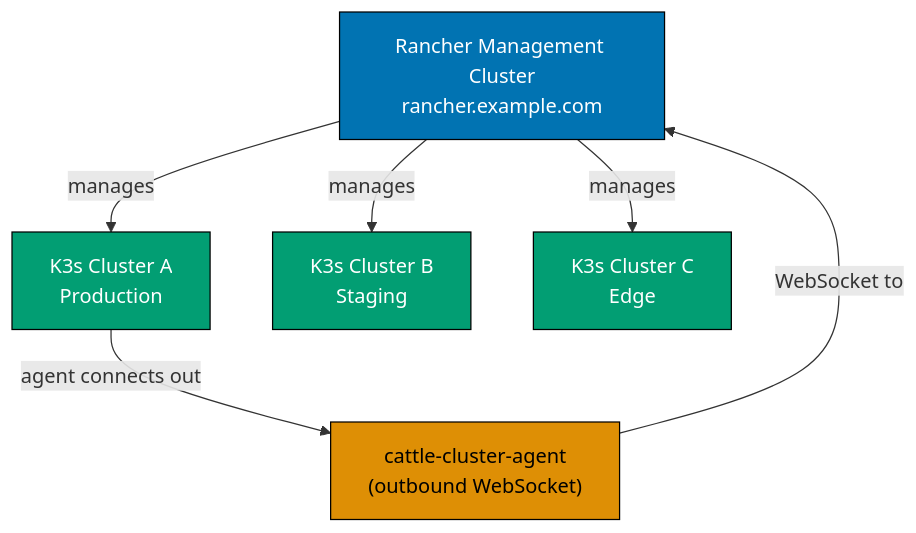
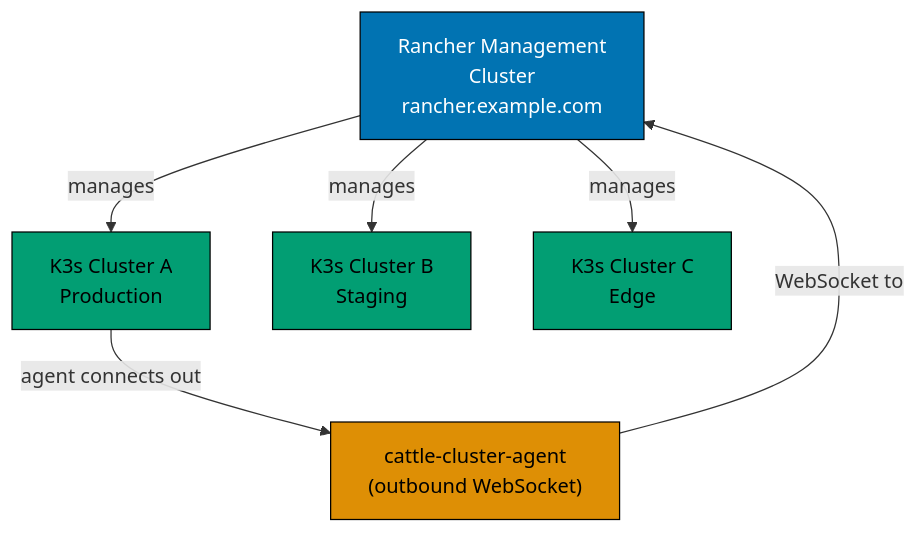
The second of 12 diagrams in apps/ayokoding-www/content/en/learn/legacy/software-engineering/infrastructure/tools/k3s/by-example/advanced.md (wahidyankf/ose-public), drawn with Mermaid before and after one commit. The commit also changed other lines of this file and 131 other files, not shown here.

First line of the commit message:
fix(mermaid): bring the legacy data, infrastructure, and testing diagrams onto the accessible palette

````diff
--- a/apps/ayokoding-www/content/en/learn/legacy/software-engineering/infrastructure/tools/k3s/by-example/advanced.md
+++ b/apps/ayokoding-www/content/en/learn/legacy/software-engineering/infrastructure/tools/k3s/by-example/advanced.md
@@ -392,21 +400,27 @@
 ```mermaid
 %% Color Palette: Blue #0173B2, Orange #DE8F05, Teal #029E73, Purple #CC78BC, Brown #CA9161
 graph TD
-    RANCHER["Rancher Management Cluster<br/>rancher.example.com"]
+    accTitle: Example 62: Multi-Cluster Management with Rancher v2.14.2
+    accDescr: Graph with 5 nodes and 5 connections. Nodes: Rancher Management Cluster rancher.example.com, K3s Cluster A Production, K3s Cluster B Staging, K3s Cluster C Edge, cattle-cluster-agent (outbound WebSocket). Connections: Rancher Management Cluster rancher.example.com to K3s Cluster A Production (manages), Rancher Management Cluster rancher.example.com to K3s Cluster B Staging (manages), Rancher Management Cluster rancher.example.com to K3s Cluster C Edge (manages), K3s Cluster A Production to cattle-cluster-agent (outbound WebSocket) (agent connects out), cattle-cluster-agent (outbound WebSocket) to Rancher Management Cluster rancher.example.com (WebSocket to).
+    RANCHER["Rancher Management<br/>Cluster<br/>rancher.example.com"]
     CL1["K3s Cluster A<br/>Production"]
     CL2["K3s Cluster B<br/>Staging"]
     CL3["K3s Cluster C<br/>Edge"]
     AGENT["cattle-cluster-agent<br/>(outbound WebSocket)"]
 
     RANCHER -->|manages| CL1
     RANCHER -->|manages| CL2
     RANCHER -->|manages| CL3
     CL1 -->|"agent connects out"| AGENT
     AGENT -->|"WebSocket to"| RANCHER
 
-    style RANCHER fill:#0173B2,stroke:#000,color:#fff
-    style CL1 fill:#029E73,stroke:#000,color:#fff
-    style CL2 fill:#029E73,stroke:#000,color:#fff
-    style CL3 fill:#029E73,stroke:#000,color:#fff
-    style AGENT fill:#DE8F05,stroke:#000,color:#000
+    classDef pal-0173B2 fill:#0173B2,stroke:#000000,color:#FFFFFF
+    class RANCHER pal-0173B2
+    classDef pal-029E73 fill:#029E73,stroke:#000000,color:#000000
+    class CL1 pal-029E73
+    class CL2 pal-029E73
+    class CL3 pal-029E73
+    classDef pal-DE8F05 fill:#DE8F05,stroke:#000000,color:#000000
+    class AGENT pal-DE8F05
+    classDef default fill:#FFFFFF,stroke:#000000,color:#000000
 ```
````
